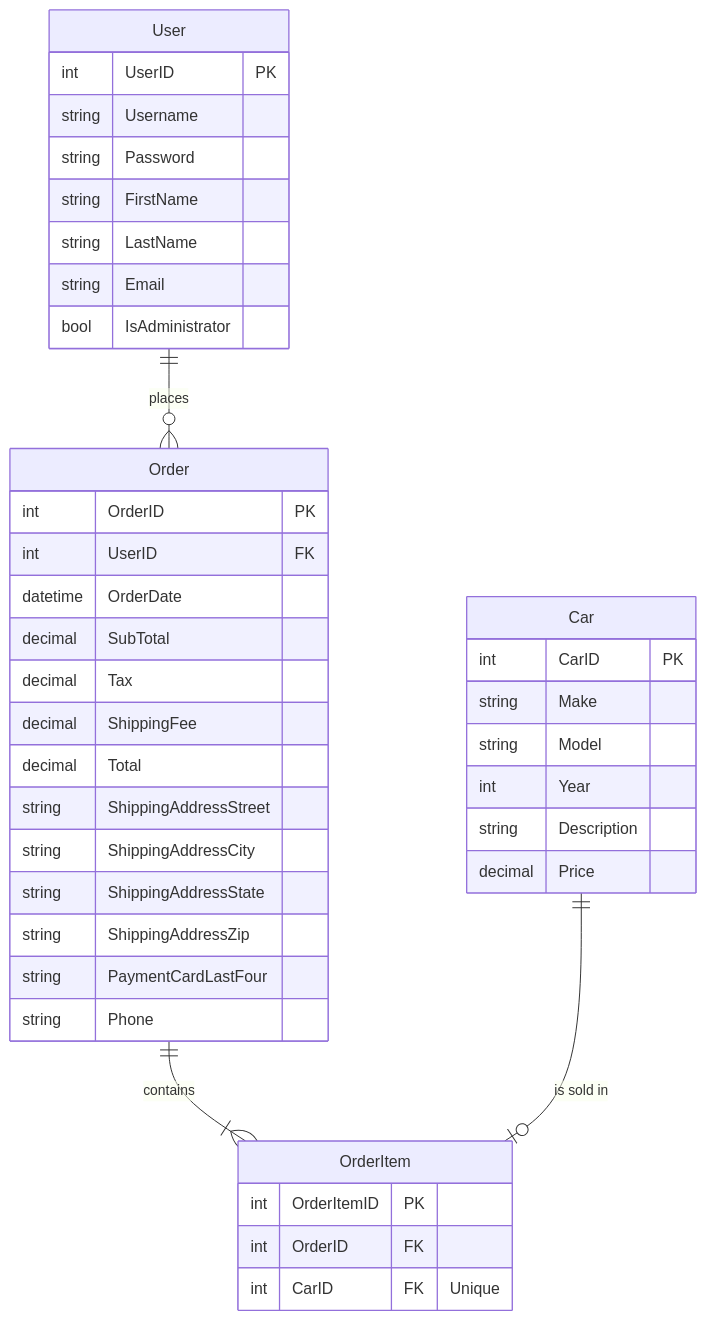
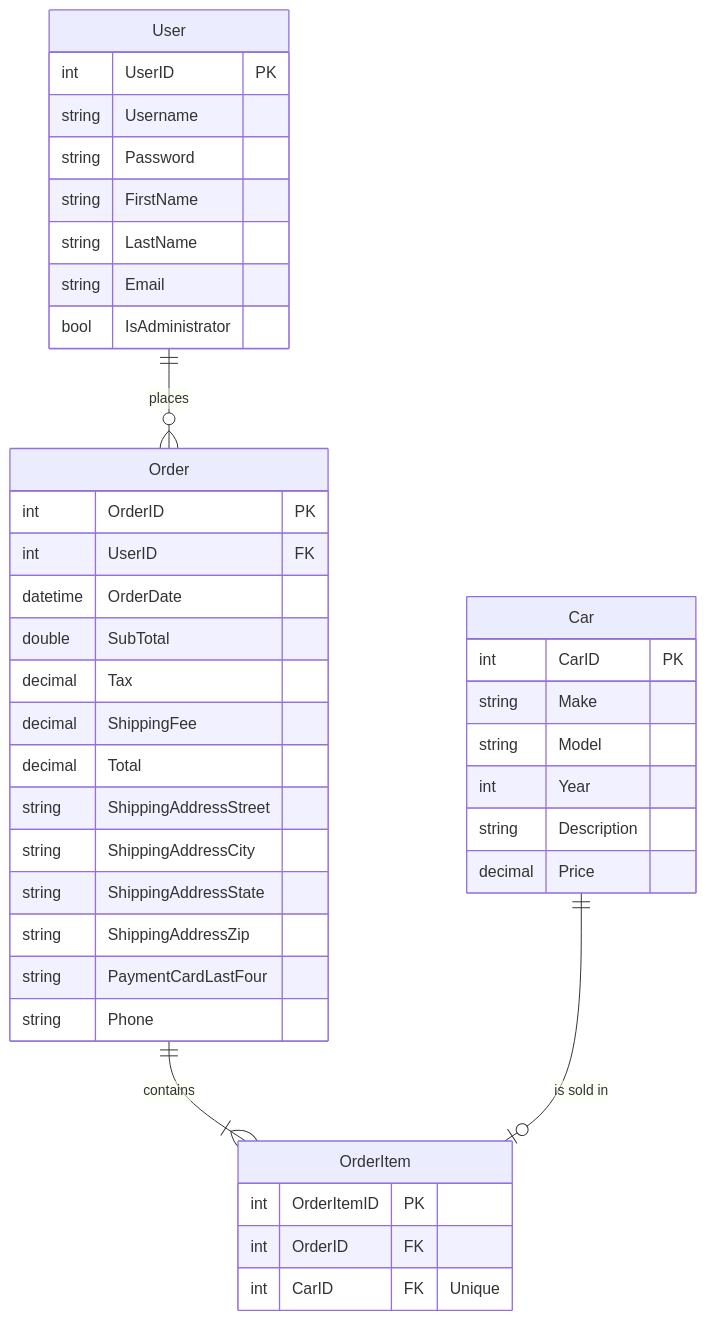
One commit to GitlianWarrior/swe-3313-fall-2025-team-10 changed the diagram in technical-design/README.md. Above: the diagram before and after it, drawn with Mermaid.

````diff
--- a/technical-design/README.md
+++ b/technical-design/README.md
@@ -51,47 +51,47 @@
 ```mermaid
 erDiagram
     User {
         int UserID PK
         string Username
         string Password
         string FirstName
         string LastName
         string Email
         bool IsAdministrator
     }
 
     Order {
         int OrderID PK
         int UserID FK
         datetime OrderDate
-        decimal SubTotal
+        double SubTotal
         decimal Tax
         decimal ShippingFee
         decimal Total
         string ShippingAddressStreet
         string ShippingAddressCity
         string ShippingAddressState
         string ShippingAddressZip
         string PaymentCardLastFour
         string Phone
     }
 
     OrderItem {
         int OrderItemID PK
         int OrderID FK
         int CarID FK "Unique"
     }
 
     Car {
         int CarID PK
         string Make
         string Model
         int Year
         string Description
         decimal Price
     }
 
     User ||--o{ Order : "places"
     Order ||--|{ OrderItem : "contains"
     Car ||--o| OrderItem : "is sold in"
 ```
````
